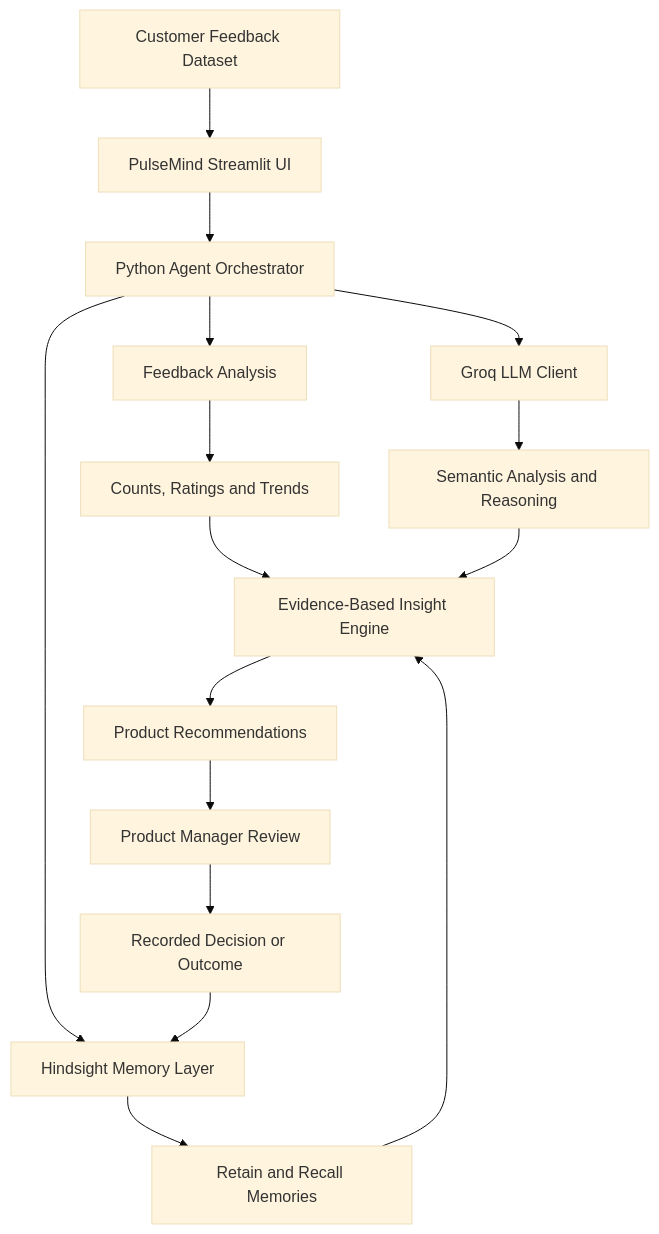
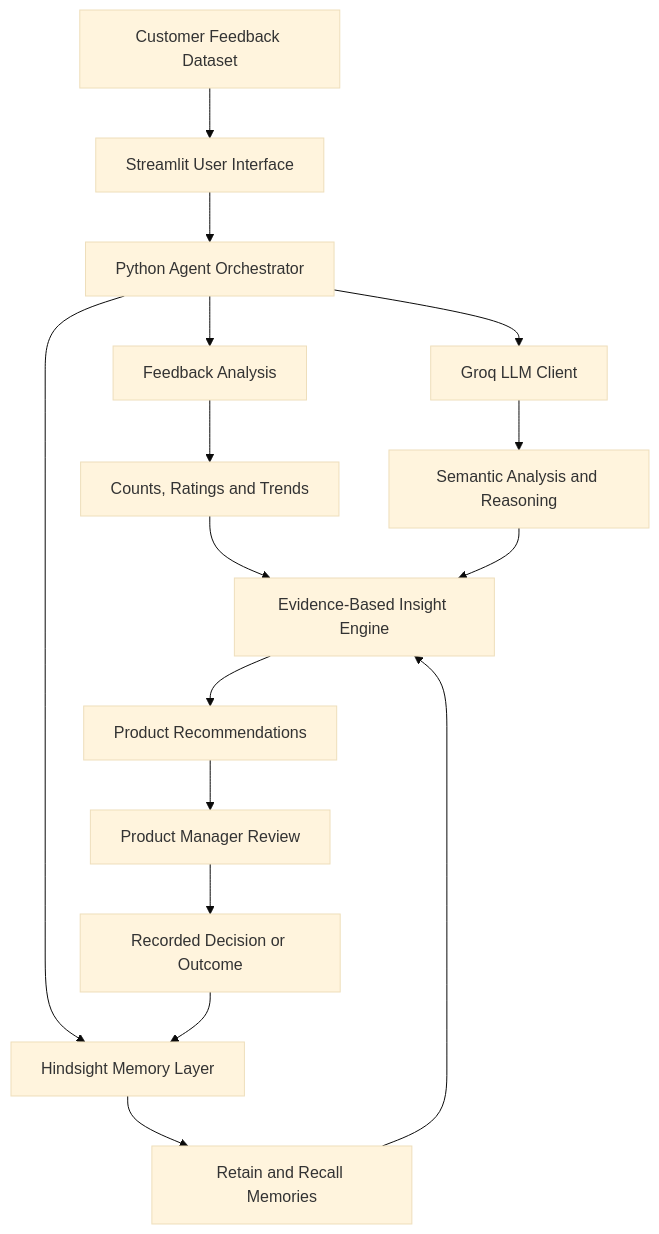
Before and after one commit to abhinaya2408/HackWithHYD-3.0: the diagram in README.md, drawn with Mermaid (base theme). The commit also changed other lines of this file, not shown here.

````diff
--- a/README.md
+++ b/README.md
@@ -218,23 +268,23 @@
 ```mermaid
 flowchart TD
-    A[Customer Feedback Dataset] --> B[PulseMind Streamlit UI]
-    B --> C[Python Agent Orchestrator]
+    A["Customer Feedback Dataset"] --> B["Streamlit User Interface"]
+    B --> C["Python Agent Orchestrator"]
 
-    C --> D[Feedback Analysis]
-    C --> E[Hindsight Memory Layer]
-    C --> F[Groq LLM Client]
+    C --> D["Feedback Analysis"]
+    C --> E["Hindsight Memory Layer"]
+    C --> F["Groq LLM Client"]
 
-    D --> G[Counts, Ratings and Trends]
-    E --> H[Retain and Recall Memories]
-    F --> I[Semantic Analysis and Reasoning]
+    D --> G["Counts, Ratings and Trends"]
+    E --> H["Retain and Recall Memories"]
+    F --> I["Semantic Analysis and Reasoning"]
 
-    G --> J[Evidence-Based Insight Engine]
+    G --> J["Evidence-Based Insight Engine"]
     H --> J
     I --> J
 
-    J --> K[Product Recommendations]
-    K --> L[Product Manager Review]
+    J --> K["Product Recommendations"]
+    K --> L["Product Manager Review"]
 
-    L --> M[Recorded Decision or Outcome]
+    L --> M["Recorded Decision or Outcome"]
     M --> E
 ```
````
